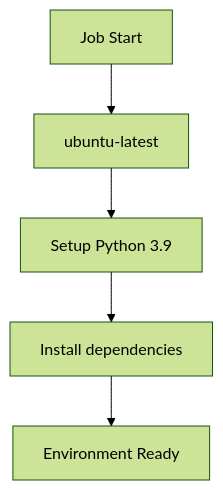
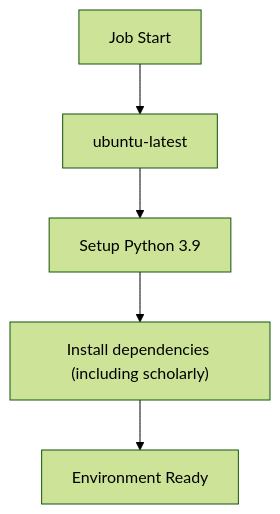
One commit to junxie01/paper_weekly changed the fourth of 11 diagrams in .qoder/repowiki/en/content/Configuration Guide/GitHub Actions Workflow.md. Above: the diagram before and after it, drawn with Mermaid (forest theme). The commit also changed other lines of this file and 5 other files, not shown here.

````diff
--- a/.qoder/repowiki/en/content/Configuration Guide/GitHub Actions Workflow.md
+++ b/.qoder/repowiki/en/content/Configuration Guide/GitHub Actions Workflow.md
@@ -147,7 +157,7 @@
 ```mermaid
 flowchart TD
 EnvStart["Job Start"] --> OS["ubuntu-latest"]
 OS --> Py["Setup Python 3.9"]
-Py --> Deps["Install dependencies"]
+Py --> Deps["Install dependencies (including scholarly)"]
 Deps --> Ready["Environment Ready"]
 ```
````
